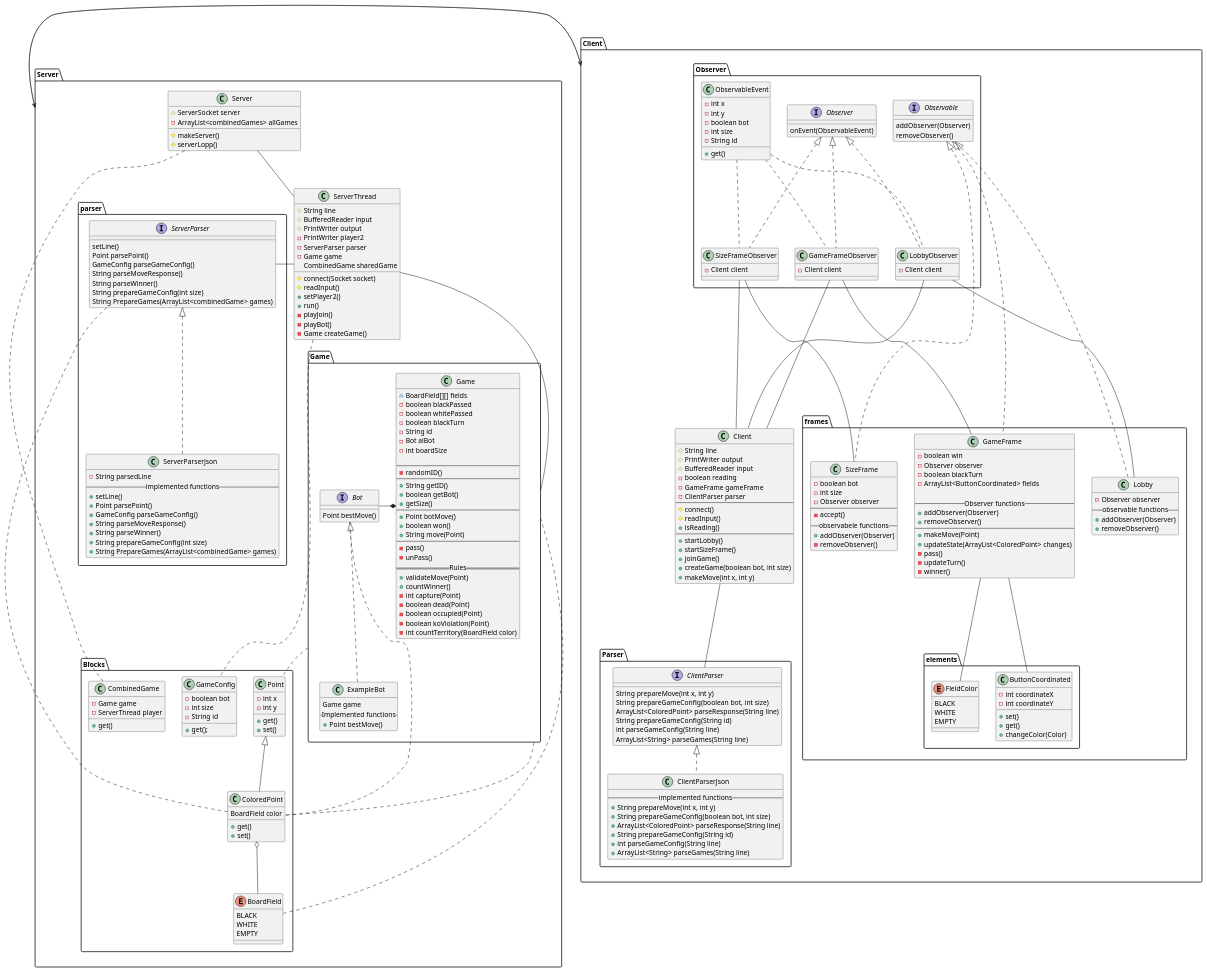
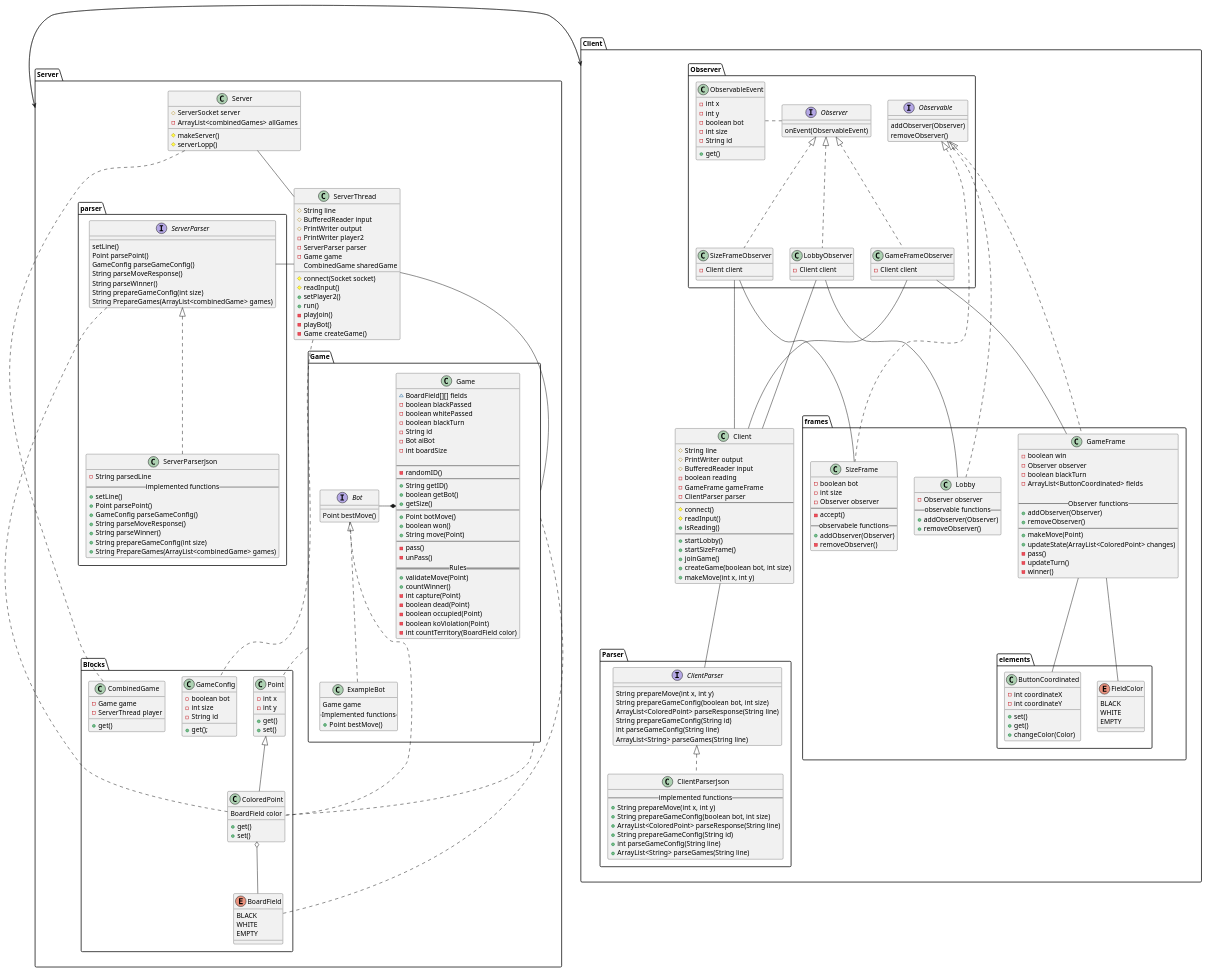
One commit to buczekxpompa/ProjektTP changed the diagram in uml/class.puml. Above: the diagram before and after it, drawn with PlantUML. The commit also changed 1 other file, not shown here.

Commit message:
class diagram part 4

```diff
--- a/uml/class.puml
+++ b/uml/class.puml
@@ -203,9 +203,7 @@
         Observer <|.. GameFrameObserver
         Observer <|.. LobbyObserver
         Observer <|.. SizeFrameObserver
-        ObservableEvent .. SizeFrameObserver
-        ObservableEvent .. GameFrameObserver
-        ObservableEvent .. LobbyObserver
+        ObservableEvent . Observer
     }
     package frames {
         package elements {
```
